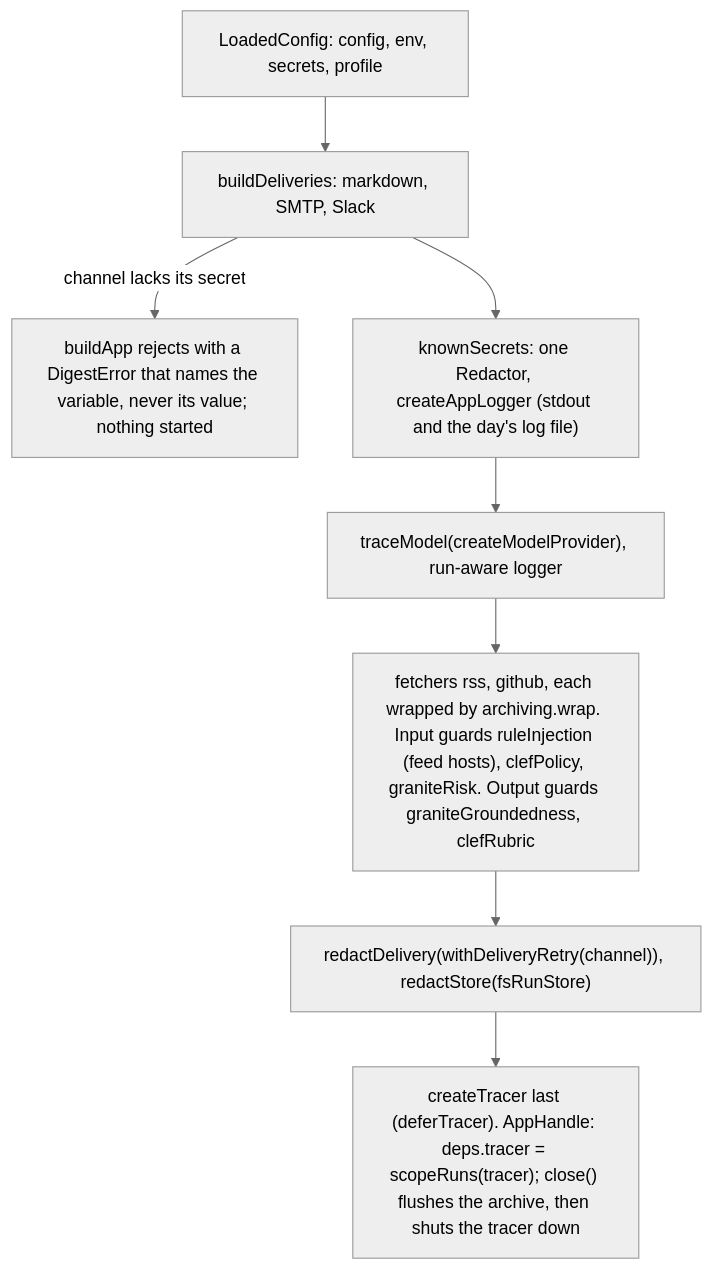
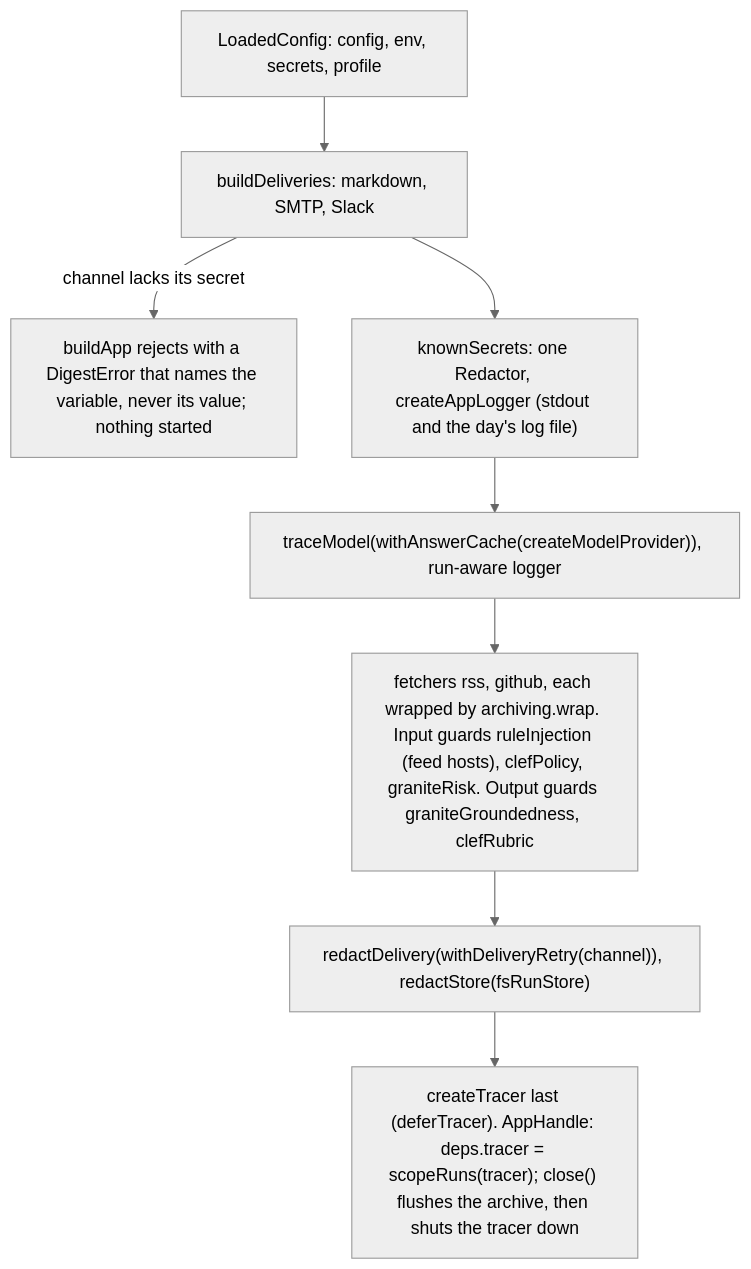
Before and after one commit to odere-pro/weekly-engineering-digest-agent: the second of 2 diagrams in src/app/CLAUDE.md, drawn with Mermaid (neutral theme). The commit also changed other lines of this file and 106 other files, not shown here.

````diff
--- a/src/app/CLAUDE.md
+++ b/src/app/CLAUDE.md
@@ -22,10 +22,10 @@
 ```mermaid
 flowchart TD
   loaded["LoadedConfig: config, env, secrets, profile"] --> channels["buildDeliveries: markdown, SMTP, Slack"]
   channels -->|"channel lacks its secret"| fail["buildApp rejects with a DigestError that names the variable, never its value; nothing started"]
   channels --> redactor["knownSecrets: one Redactor, createAppLogger (stdout and the day's log file)"]
-  redactor --> model["traceModel(createModelProvider), run-aware logger"]
+  redactor --> model["traceModel(withAnswerCache(createModelProvider)), run-aware logger"]
   model --> build["fetchers rss, github, each wrapped by archiving.wrap. Input guards ruleInjection (feed hosts), clefPolicy, graniteRisk. Output guards graniteGroundedness, clefRubric"]
   build --> wrap["redactDelivery(withDeliveryRetry(channel)), redactStore(fsRunStore)"]
   wrap --> handle["createTracer last (deferTracer). AppHandle: deps.tracer = scopeRuns(tracer); close() flushes the archive, then shuts the tracer down"]
 ```
````
